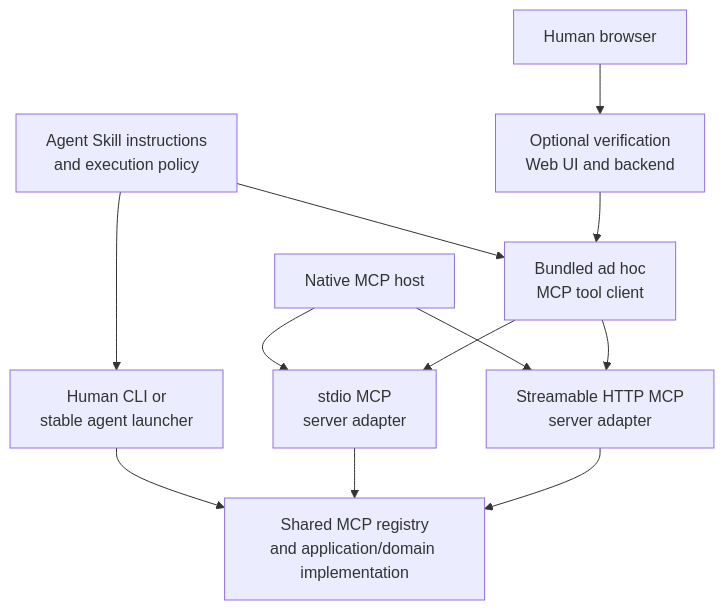
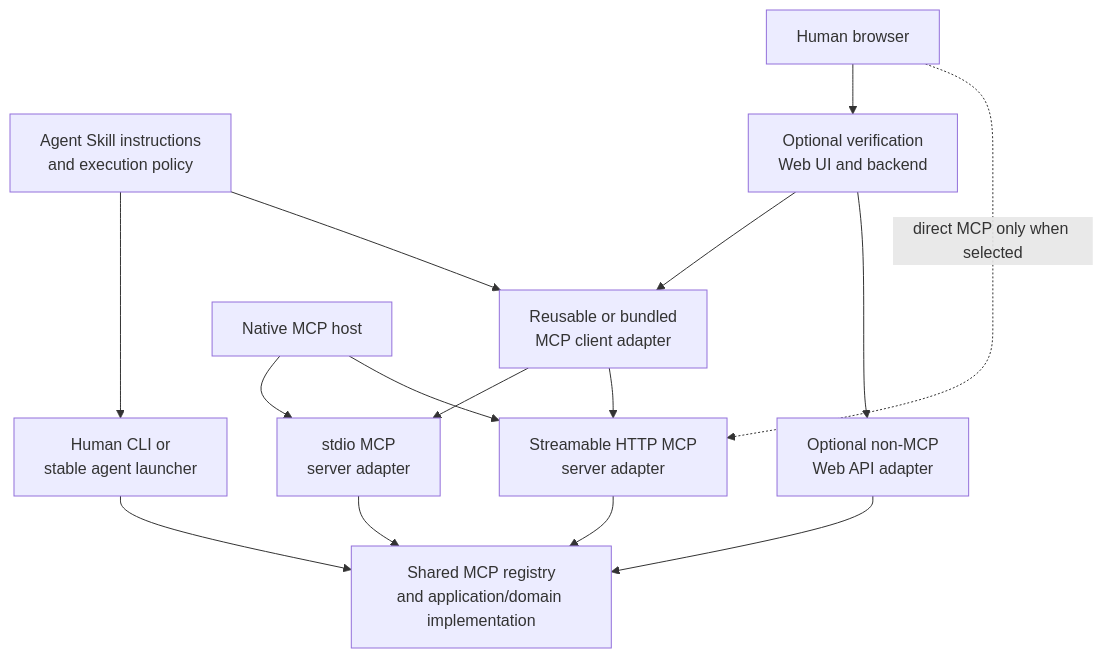
One commit to TakashiSasaki/templates changed the diagram in README.md. Above: the diagram before and after it, drawn with Mermaid. The commit also changed other lines of this file, not shown here.

Commit message:
Reference protocol revisions only through RUNTIME.md

````diff
--- a/README.md
+++ b/README.md
@@ -83,24 +83,28 @@
 ```mermaid
 flowchart TB
     policy["Agent Skill instructions<br/>and execution policy"]
     browser["Human browser"]
     web["Optional verification<br/>Web UI and backend"]
+    webapi["Optional non-MCP<br/>Web API adapter"]
     cli["Human CLI or<br/>stable agent launcher"]
-    client["Bundled ad hoc<br/>MCP tool client"]
+    client["Reusable or bundled<br/>MCP client adapter"]
     host["Native MCP host"]
     stdio["stdio MCP<br/>server adapter"]
     http["Streamable HTTP MCP<br/>server adapter"]
     shared["Shared MCP registry<br/>and application/domain implementation"]
 
     policy --> cli
     policy --> client
     browser --> web
     web --> client
+    web --> webapi
+    browser -. "direct MCP only when selected" .-> http
     host --> stdio
     host --> http
     client --> stdio
     client --> http
     cli --> shared
+    webapi --> shared
     stdio --> shared
     http --> shared
 ```
````
